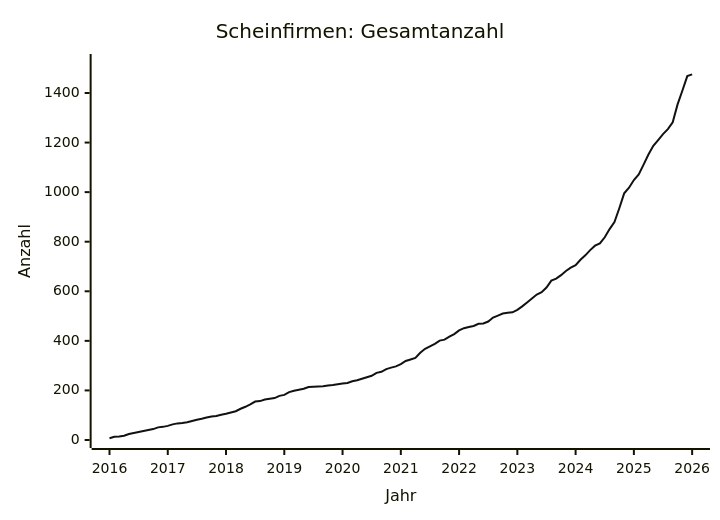
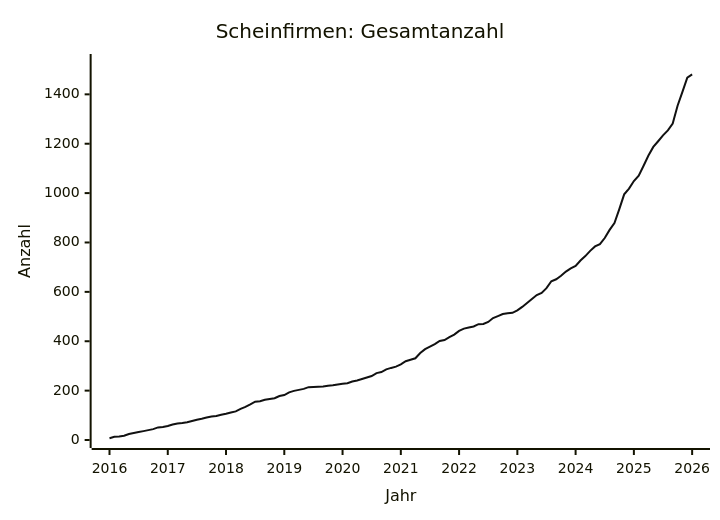
Before and after one commit to arjoma/scheinfirmen-at: the diagram in data/STATS.md, drawn with Mermaid. The commit also changed other lines of this file and 3 other files, not shown here.

````diff
--- a/data/STATS.md
+++ b/data/STATS.md
@@ -9,13 +9,13 @@
 ```mermaid
 ---
 config:
   themeVariables:
     xyChart:
       plotColorPalette: "#111111"
 ---
 xychart-beta
     title "Scheinfirmen: Gesamtanzahl"
     x-axis "Jahr" 2016 --> 2026
-    y-axis "Anzahl" 0 --> 1525
-    line [7, 13, 14, 17, 24, 28, 32, 36, 40, 44, 51, 53, 57, 63, 67, 69, 72, 77, 82, 86, 91, 95, 97, 102, 106, 111, 116, 126, 134, 144, 155, 157, 163, 166, 169, 178, 182, 193, 199, 203, 207, 214, 215, 216, 217, 220, 222, 225, 228, 230, 237, 241, 247, 253, 259, 271, 275, 286, 292, 297, 306, 319, 325, 331, 352, 368, 378, 388, 401, 405, 417, 427, 442, 451, 456, 460, 469, 470, 478, 494, 502, 510, 513, 515, 525, 539, 555, 571, 587, 596, 615, 643, 651, 665, 682, 695, 705, 727, 745, 766, 784, 793, 818, 851, 879, 935, 995, 1018, 1049, 1071, 1111, 1152, 1187, 1210, 1234, 1254, 1282, 1354, 1410, 1468, 1475]
+    y-axis "Anzahl" 0 --> 1531
+    line [7, 13, 14, 17, 24, 28, 32, 36, 40, 44, 51, 53, 57, 63, 67, 69, 72, 77, 82, 86, 91, 95, 97, 102, 106, 111, 116, 126, 134, 144, 155, 157, 163, 166, 169, 178, 182, 193, 199, 203, 207, 214, 215, 216, 217, 220, 222, 225, 228, 230, 237, 241, 247, 253, 259, 271, 275, 286, 292, 297, 306, 319, 325, 331, 352, 368, 378, 388, 401, 405, 417, 427, 442, 451, 456, 460, 469, 470, 478, 494, 502, 510, 513, 515, 525, 539, 555, 571, 587, 596, 615, 643, 651, 665, 682, 695, 705, 727, 745, 766, 784, 793, 818, 851, 879, 935, 995, 1018, 1049, 1071, 1111, 1152, 1187, 1210, 1234, 1254, 1282, 1354, 1410, 1468, 1481]
 ```
````
